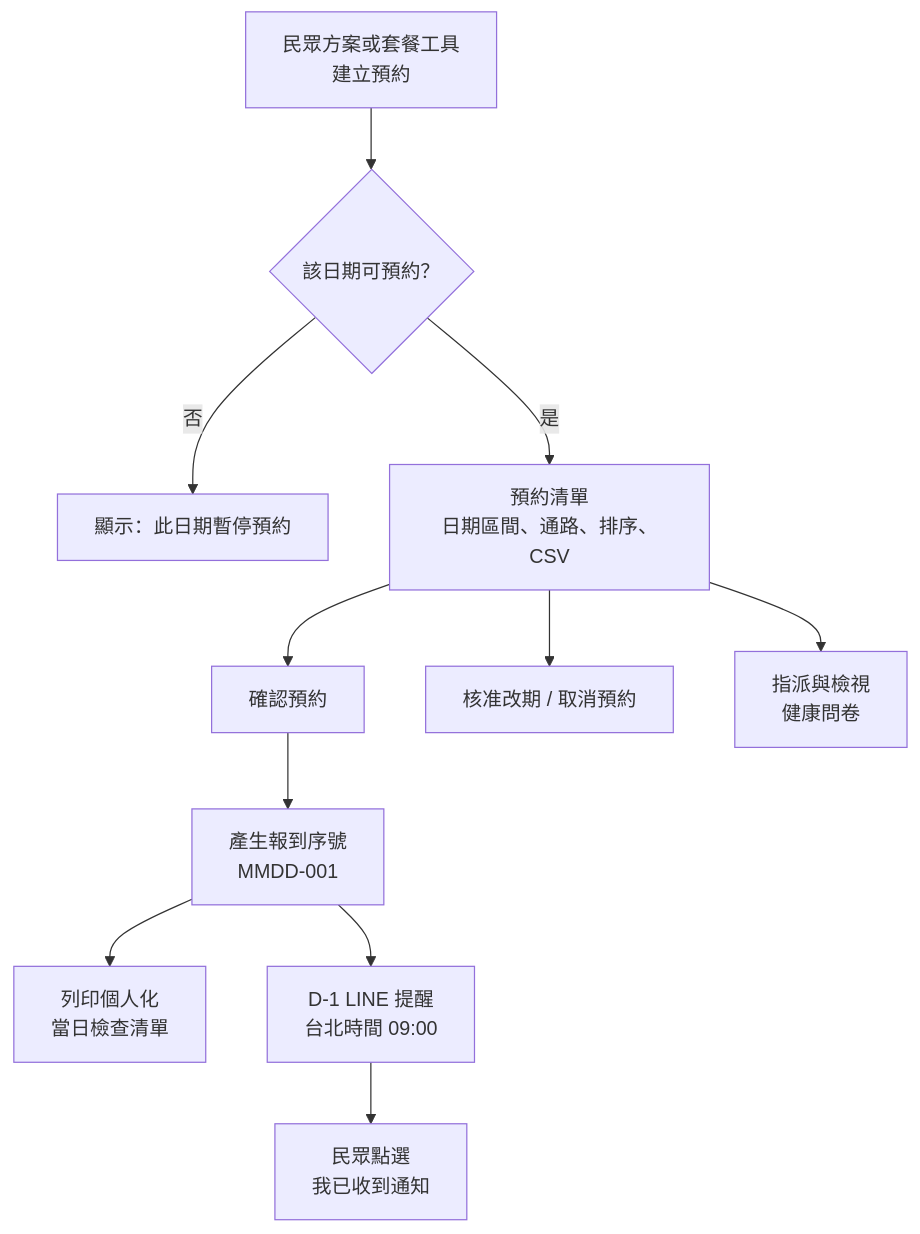
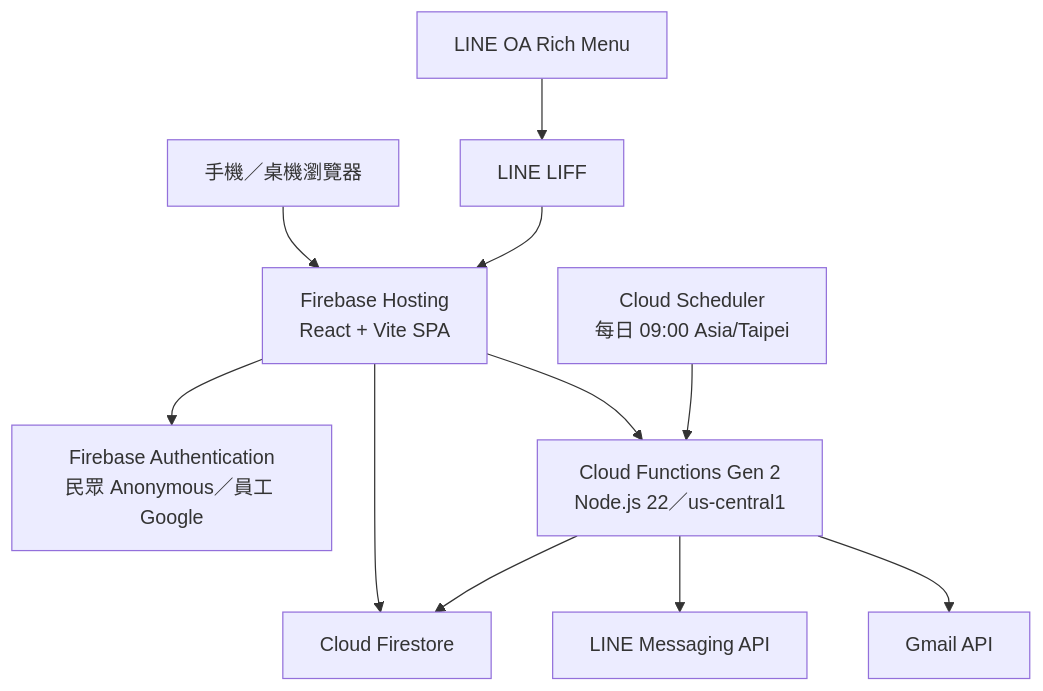
One commit to lhm0323-git/channel_activity_customer changed the third of 7 diagrams in docs/CAC_ARCHITECTURE.md. Above: the diagram before and after it, drawn with Mermaid. The commit also changed other lines of this file and 14 other files, not shown here.

````diff
--- a/docs/CAC_ARCHITECTURE.md
+++ b/docs/CAC_ARCHITECTURE.md
@@ -37,15 +56,13 @@
 ```mermaid
 flowchart TB
-  Book["民眾方案或套餐工具\n建立預約"] --> CheckDate{"該日期可預約？"}
-  CheckDate -->|"否"| Stop["顯示：此日期暫停預約"]
-  CheckDate -->|"是"| List["預約清單\n日期區間、通路、排序、CSV"]
-
-  List --> Confirm["確認預約"]
-  Confirm --> Serial["產生報到序號\nMMDD-001"]
-  Serial --> Print["列印個人化\n當日檢查清單"]
-  Serial --> D1["D-1 LINE 提醒\n台北時間 09:00"]
-  D1 --> Ack["民眾點選\n我已收到通知"]
-
-  List --> Change["核准改期 / 取消預約"]
-  List --> Survey["指派與檢視\n健康問卷"]
+  OA["LINE OA Rich Menu"] --> LIFF["LINE LIFF"]
+  Browser["手機／桌機瀏覽器"] --> Hosting["Firebase Hosting<br/>React + Vite SPA"]
+  LIFF --> Hosting
+  Hosting --> Auth["Firebase Authentication<br/>民眾 Anonymous／員工 Google"]
+  Hosting --> Fn["Cloud Functions Gen 2<br/>Node.js 22／us-central1"]
+  Hosting --> DB["Cloud Firestore"]
+  Fn --> DB
+  Fn --> LINE["LINE Messaging API"]
+  Fn --> Gmail["Gmail API"]
+  Scheduler["Cloud Scheduler<br/>每日 09:00 Asia/Taipei"] --> Fn
 ```
````
